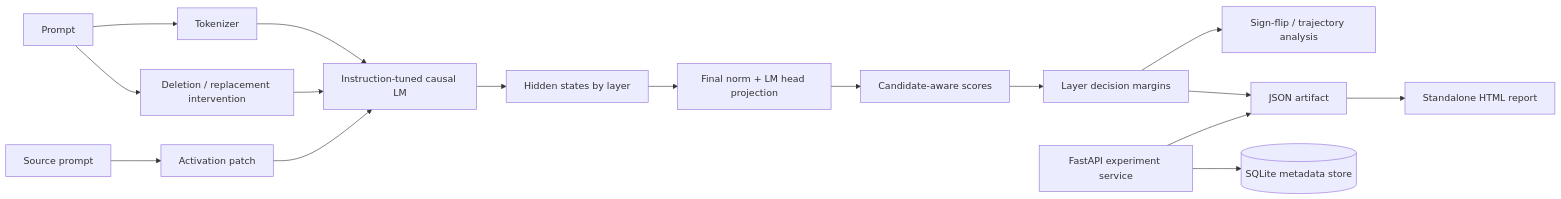
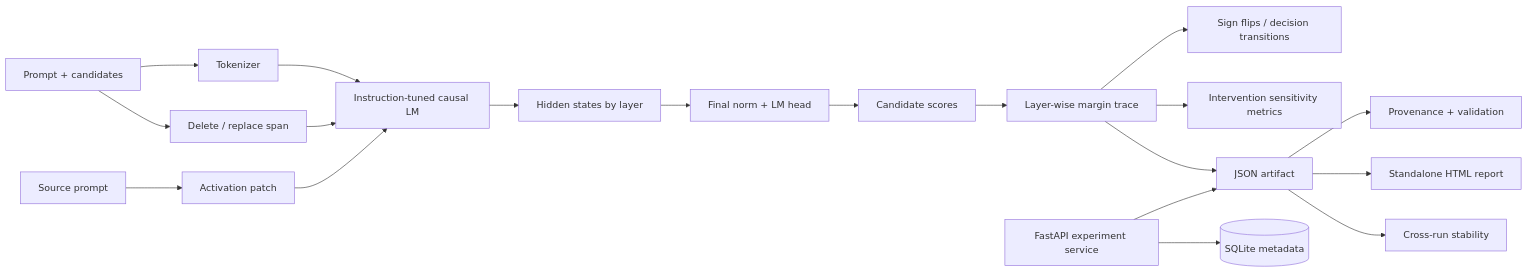
Before and after one commit to cagataykavas/struct-xai-platform: the diagram in README.md, drawn with Mermaid. The commit also changed other lines of this file, not shown here.

````diff
--- a/README.md
+++ b/README.md
@@ -28,21 +40,25 @@
 ```mermaid
 flowchart LR
-    P[Prompt] --> T[Tokenizer]
+    P[Prompt + candidates] --> T[Tokenizer]
     T --> LM[Instruction-tuned causal LM]
     LM --> H[Hidden states by layer]
-    H --> N[Final norm + LM head projection]
-    N --> C[Candidate-aware scores]
-    C --> D[Layer decision margins]
-    D --> F[Sign-flip / trajectory analysis]
+    H --> N[Final norm + LM head]
+    N --> C[Candidate scores]
+    C --> D[Layer-wise margin trace]
+    D --> F[Sign flips / decision transitions]
 
-    P --> I[Deletion / replacement intervention]
+    P --> I[Delete / replace span]
     I --> LM
+    D --> E[Intervention sensitivity metrics]
 
     S[Source prompt] --> AP[Activation patch]
     AP --> LM
 
     D --> J[JSON artifact]
+    J --> V[Provenance + validation]
     J --> R[Standalone HTML report]
+    J --> ST[Cross-run stability]
+
     API[FastAPI experiment service] --> J
-    API --> DB[(SQLite metadata store)]
+    API --> DB[(SQLite metadata)]
 ```
````
